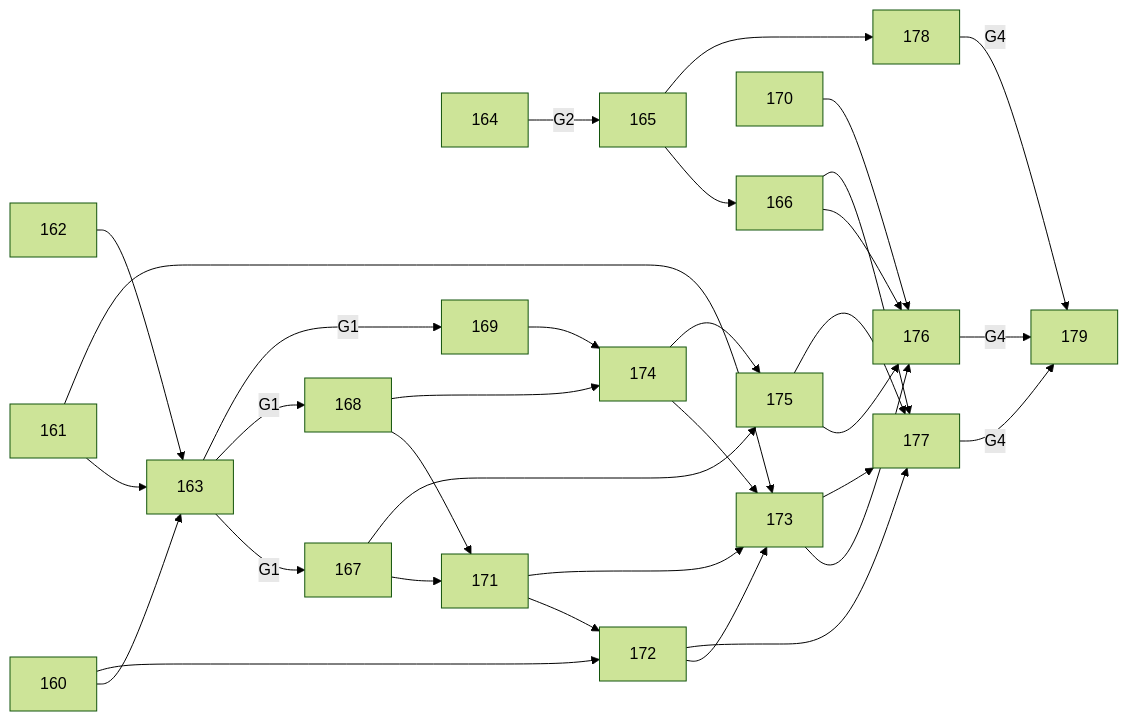
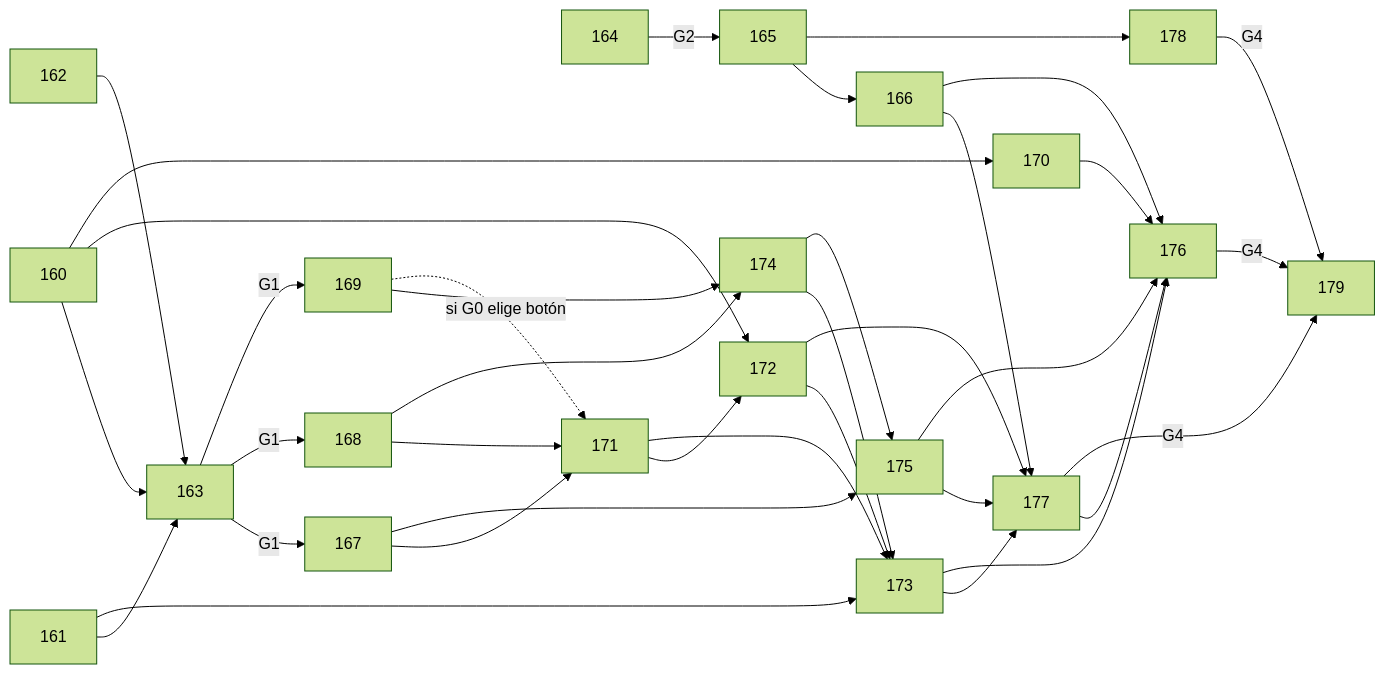
The diagram in docs/evidence/PUL-141/README.md (jrmougan/Pulpasa), drawn with Mermaid (forest theme) before and after one commit. The commit also changed other lines of this file and 23 other files, not shown here.

````diff
--- a/docs/evidence/PUL-141/README.md
+++ b/docs/evidence/PUL-141/README.md
@@ -76,13 +82,15 @@
 ```mermaid
 graph LR
   160 --> 163; 161 --> 163; 162 --> 163
   163 -->|G1| 167; 163 -->|G1| 168; 163 -->|G1| 169
   164 -->|G2| 165 --> 166; 165 --> 178
   167 --> 171; 168 --> 171; 168 --> 174; 169 --> 174
   160 --> 172; 171 --> 172
   161 --> 173; 171 --> 173; 172 --> 173; 174 --> 173
   167 --> 175; 174 --> 175
-  166 --> 176; 170 --> 176; 173 --> 176; 175 --> 176
+  160 --> 170
+  169 -.->|si G0 elige botón| 171
   166 --> 177; 172 --> 177; 173 --> 177; 175 --> 177
+  166 --> 176; 170 --> 176; 173 --> 176; 175 --> 176; 177 --> 176
   176 -->|G4| 179; 177 -->|G4| 179; 178 -->|G4| 179
 ```
````
